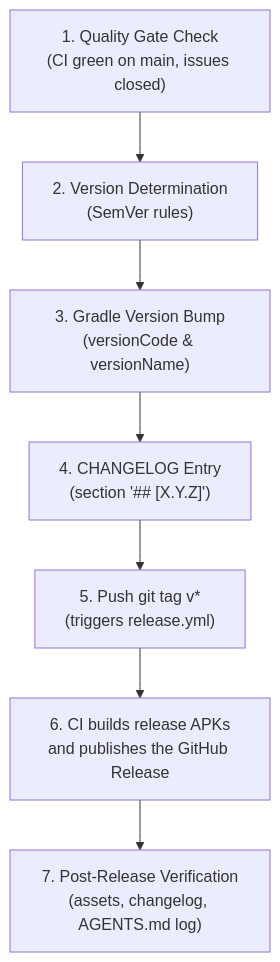
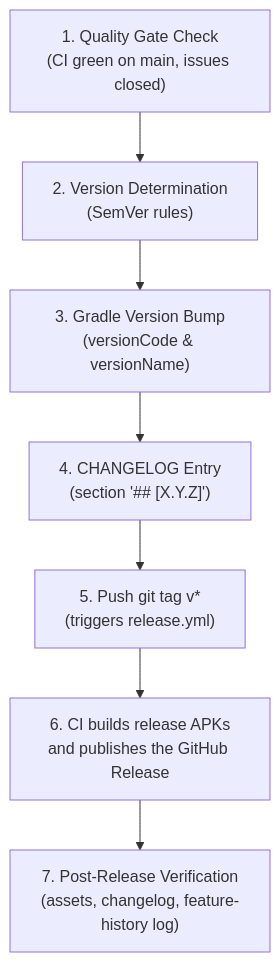
One commit to christian98b/LockerLift changed the diagram in .agents/skills/release-creation-guide/SKILL.md. Above: the diagram before and after it, drawn with Mermaid. The commit also changed other lines of this file and 39 other files, not shown here.

First line of the commit message:
docs(project): move implementation history out of AGENTS.md into feature-history folder

````diff
--- a/.agents/skills/release-creation-guide/SKILL.md
+++ b/.agents/skills/release-creation-guide/SKILL.md
@@ -29,9 +29,9 @@
 ```mermaid
 flowchart TD
     A["1. Quality Gate Check<br/>(CI green on main, issues closed)"] --> B["2. Version Determination<br/>(SemVer rules)"]
     B --> C["3. Gradle Version Bump<br/>(versionCode & versionName)"]
     C --> D["4. CHANGELOG Entry<br/>(section '## [X.Y.Z]')"]
     D --> E["5. Push git tag v*<br/>(triggers release.yml)"]
     E --> F["6. CI builds release APKs<br/>and publishes the GitHub Release"]
-    F --> G["7. Post-Release Verification<br/>(assets, changelog, AGENTS.md log)"]
+    F --> G["7. Post-Release Verification<br/>(assets, changelog, feature-history log)"]
 ```
````
